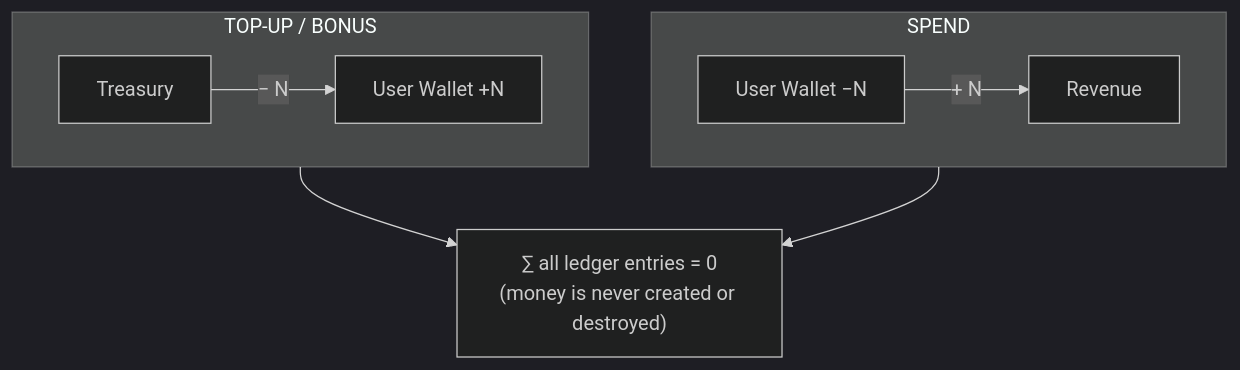
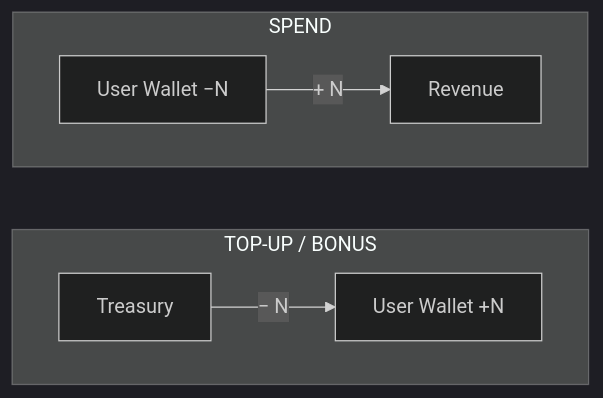
Before and after one commit to spandanghosh/internal-wallet-service: the diagram in README.md, drawn with Mermaid (dark theme).

Commit message:
Add Mermaid double-entry ledger diagram to Architecture section

````diff
--- a/README.md
+++ b/README.md
@@ -337,17 +337,12 @@
 ```mermaid
-flowchart TD
+flowchart LR
     subgraph topup["TOP-UP / BONUS"]
         direction LR
         T["Treasury"] -->|"− N"| U1["User Wallet +N"]
     end
 
     subgraph spend["SPEND"]
         direction LR
         U2["User Wallet −N"] -->|"+ N"| R["Revenue"]
     end
-
-    INV["∑ all ledger entries = 0\n(money is never created or destroyed)"]
-
-    topup --> INV
-    spend --> INV
 ```
````
